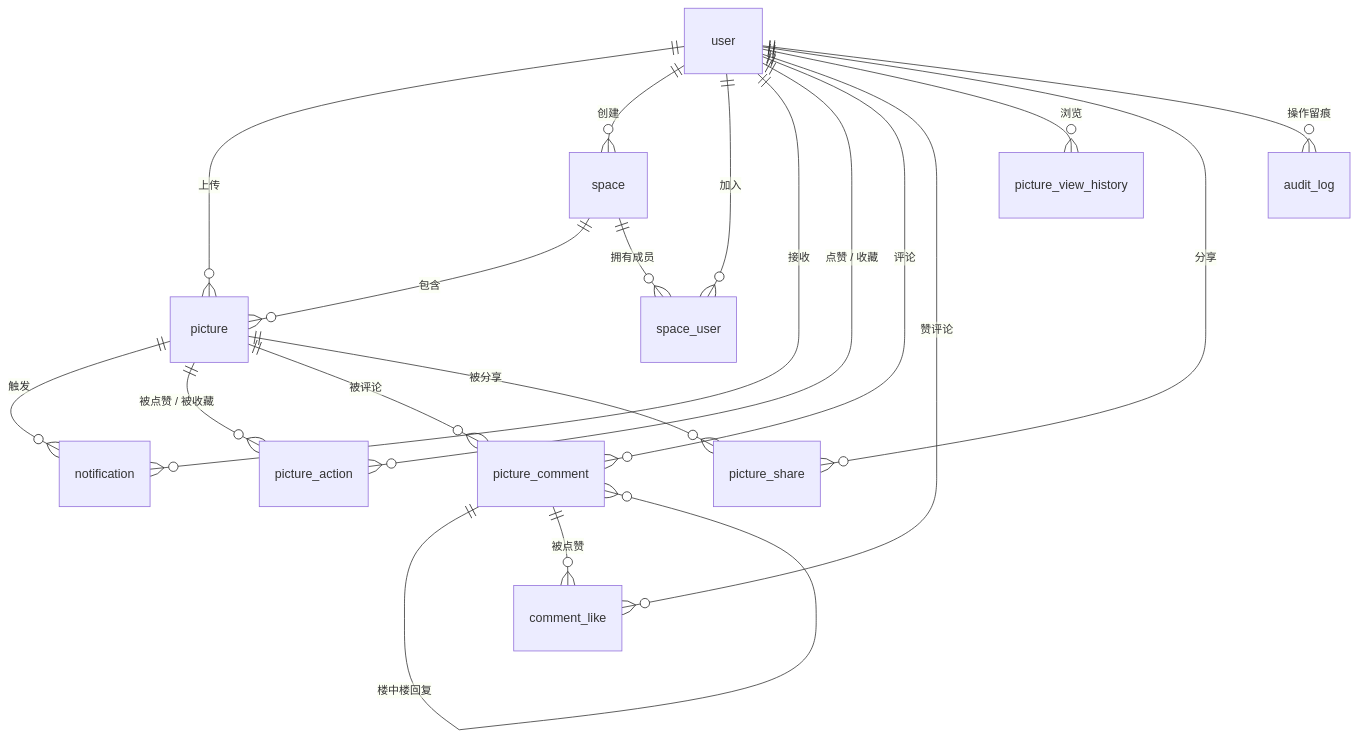
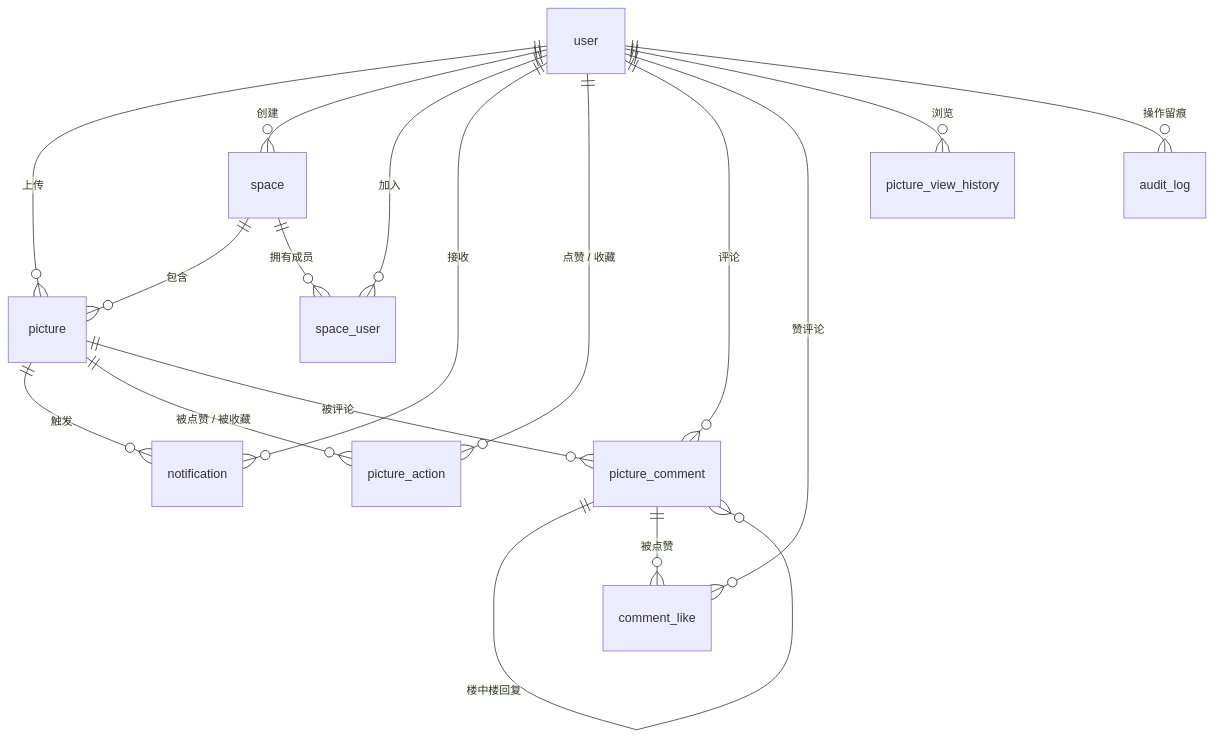
Before and after one commit to HeJiaxin-bot/visu-picture: the second of 2 diagrams in README.md, drawn with Mermaid. The commit also changed other lines of this file and 11 other files, not shown here.

````diff
--- a/README.md
+++ b/README.md
@@ -129,21 +129,19 @@
 ```mermaid
 erDiagram
     user ||--o{ picture : "上传"
     user ||--o{ space : "创建"
     user ||--o{ space_user : "加入"
     user ||--o{ notification : "接收"
     user ||--o{ picture_action : "点赞 / 收藏"
     user ||--o{ picture_comment : "评论"
     user ||--o{ comment_like : "赞评论"
     user ||--o{ picture_view_history : "浏览"
-    user ||--o{ picture_share : "分享"
     user ||--o{ audit_log : "操作留痕"
     space ||--o{ picture : "包含"
     space ||--o{ space_user : "拥有成员"
     picture ||--o{ notification : "触发"
     picture ||--o{ picture_action : "被点赞 / 被收藏"
     picture ||--o{ picture_comment : "被评论"
-    picture ||--o{ picture_share : "被分享"
     picture_comment ||--o{ picture_comment : "楼中楼回复"
     picture_comment ||--o{ comment_like : "被点赞"
 ```
````
